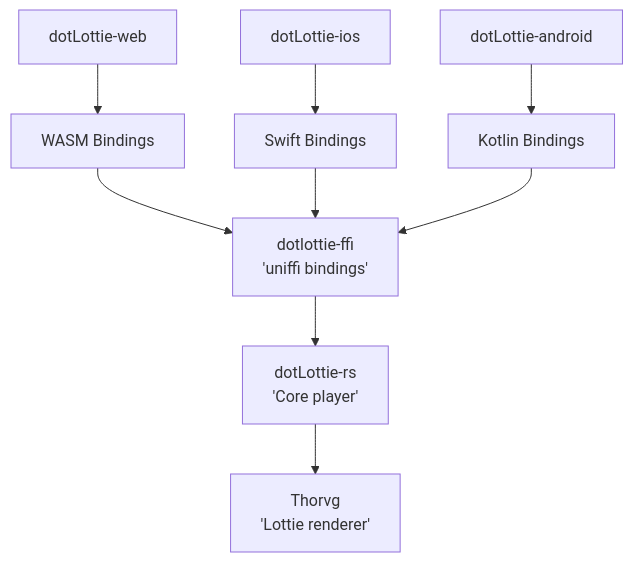
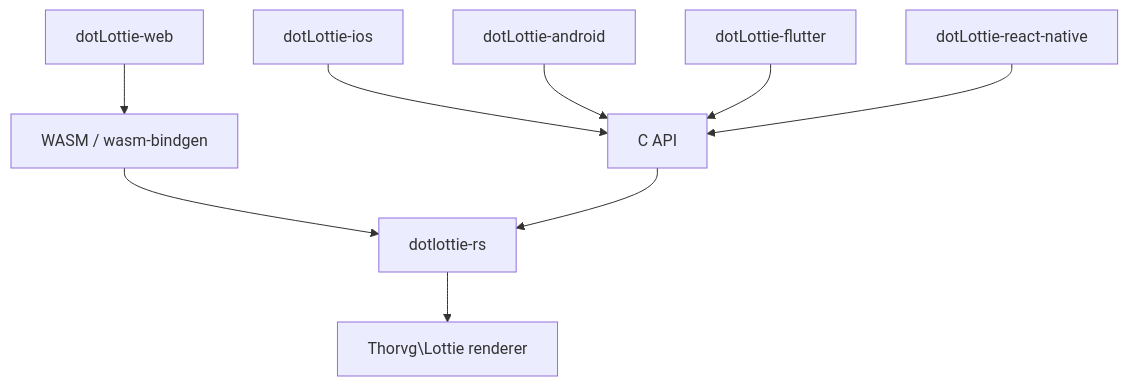
The diagram in README.md (LottieFiles/dotlottie-rs), drawn with Mermaid before and after one commit. The commit also changed other lines of this file and 1 other file, not shown here.

````diff
--- a/README.md
+++ b/README.md
@@ -15,14 +17,13 @@
 ```mermaid
 flowchart TD
-  A[dotLottie-web] --> WASM+Bindings[WASM Bindings]
-  B[dotLottie-ios] --> swift+Bindings[Swift Bindings]
-  C[dotLottie-android] --> kotlin+Bindings[Kotlin Bindings]
+  A[dotLottie-web] --> WASM[WASM / wasm-bindgen]
+  B[dotLottie-ios] --> CAPI[C API]
+  C[dotLottie-android] --> CAPI
+  D[dotLottie-flutter] --> CAPI
+  E[dotLottie-react-native] --> CAPI
 
-  WASM+Bindings --> dotlottie-ffi[dotlottie-ffi <br> 'uniffi bindings']
-  swift+Bindings --> dotlottie-ffi[dotlottie-ffi <br> 'uniffi bindings']
-  kotlin+Bindings --> dotlottie-ffi[dotlottie-ffi <br> 'uniffi bindings']
+  WASM --> dotlottiers[dotlottie-rs]
+  CAPI --> dotlottiers
 
-  dotlottie-ffi --> dotlottiers[dotLottie-rs <br> 'Core player']
-
-  dotlottiers --> Thorvg[Thorvg <br> 'Lottie renderer']
+  dotlottiers --> Thorvg[Thorvg\Lottie renderer]
 ```
````
